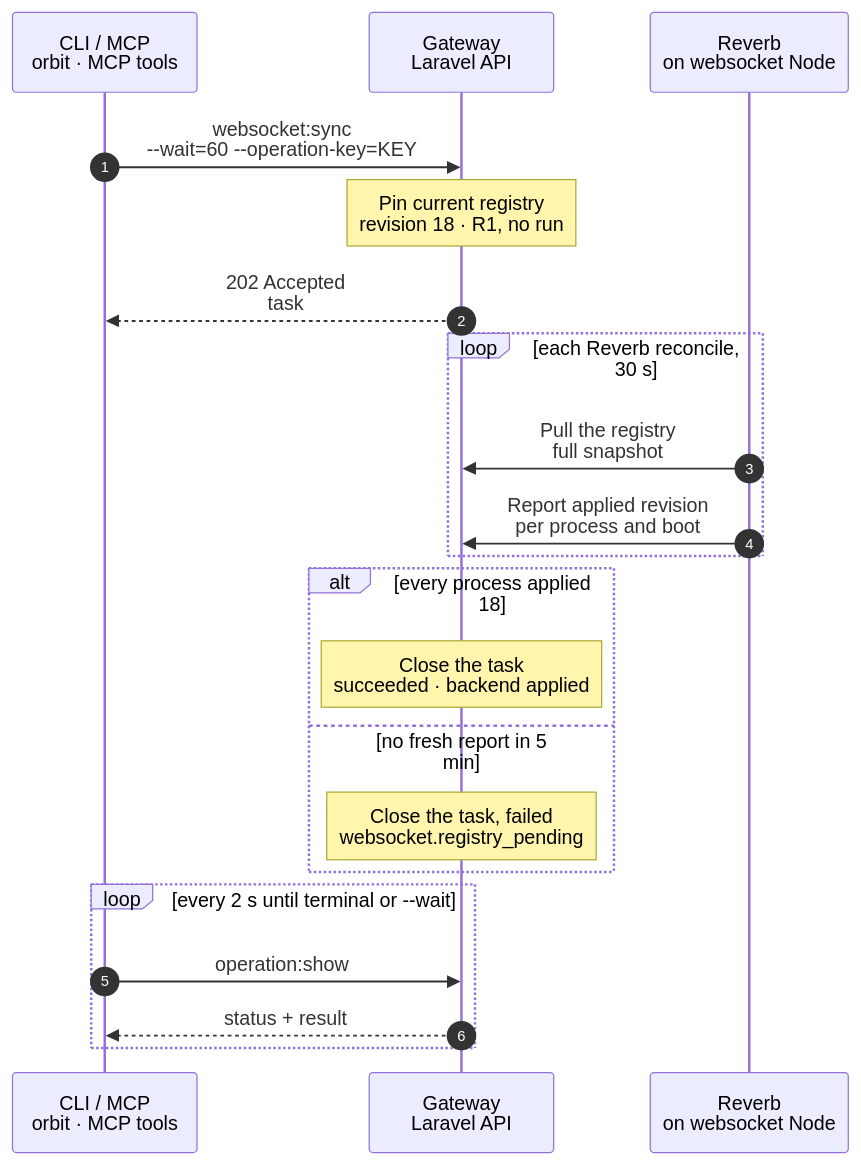
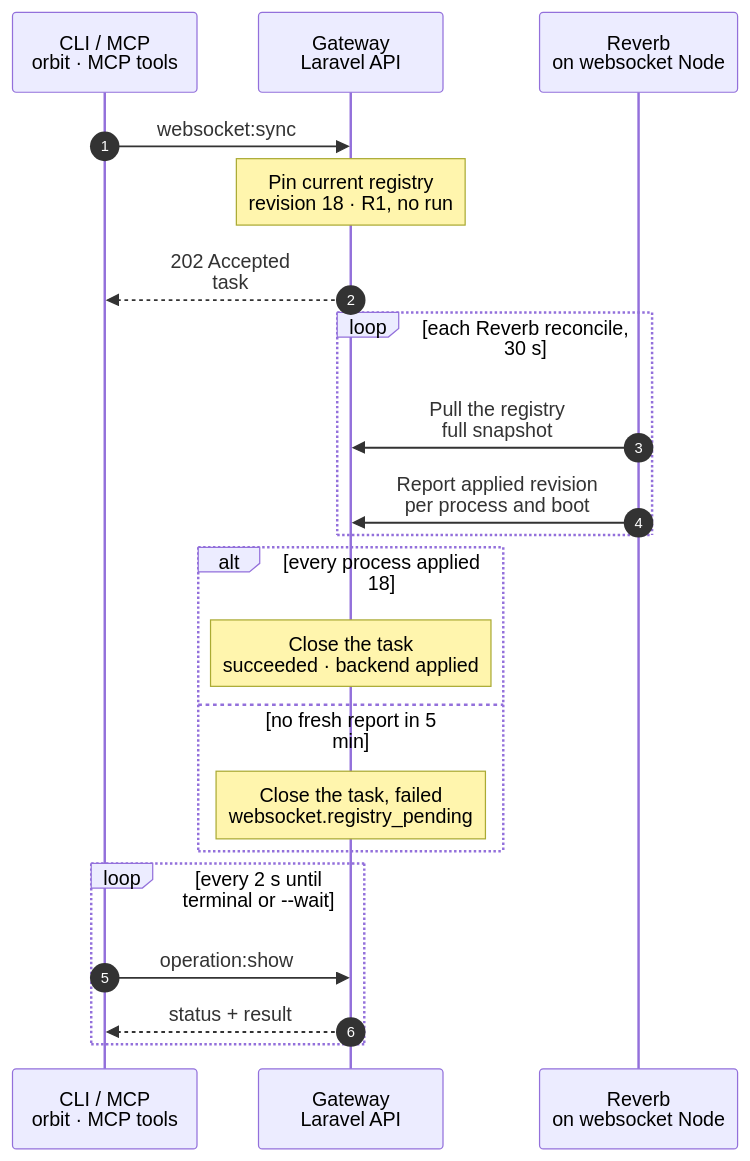
One commit to hardimpactdev/orbit changed the diagram in docs/cli/websocket/sync.mmd. Above: the diagram before and after it, drawn with Mermaid. The commit also changed 9 other files, not shown here.

Commit message:
docs(tool,vault,websocket): draw required parameters on the main path (flow rule 23)

```diff
--- a/docs/cli/websocket/sync.mmd
+++ b/docs/cli/websocket/sync.mmd
@@ -1,69 +1,69 @@
 sequenceDiagram
   %% Target design: ADR 0244 task; DECISIONS R1 + round 2 websocket.sync (no polling step, the Gateway closes the task from Reverb's own reports, no run).
   %% status: migrated
   %% command: websocket:sync
   %% kind: websocket.sync
   autonumber
   %% lane CLI icon=terminal pill=caller tone=gray
   %% lane GW icon=gateway pill=intent tone=blue
   %% lane N icon=server pill=target tone=amber
   participant CLI as CLI / MCP<br/>orbit · MCP tools
   participant GW as Gateway<br/>Laravel API
   participant N as Reverb<br/>on websocket Node
-  CLI->>GW: websocket:sync<br/>--wait=60 --operation-key=KEY
+  CLI->>GW: websocket:sync
   %%> Command:
   %%> - `orbit websocket:sync --wait=60`
   %%> - syntax: `[--wait=SECONDS] [--operation-key=KEY] [--json]`
   %%> Input:
   %%> - `--wait`: how long the CLI follows the task, 0 to 3600 seconds; default 60
   %%> - optionally an operation key, to retry the same sync
   %%> What it does:
   %%> - waits until every serving Reverb process has applied the current registry, without a restart
   Note over GW: Pin current registry<br/>revision 18 · R1, no run
   %%> Requirements:
   %%> - a Node has the `websocket` role
   %%> What it does:
   %%> - records task #5125 for the current registry revision 18
   %%> - a pending app change does not block it, and separate syncs do not replace each other
   %%> Why no Swamp run:
   %%> - nothing has to be done on a Node; Reverb pulls and reports itself (R1)
   GW-->>CLI: 202 Accepted<br/>task #5125
   %%> What you get:
   %%> - the task number, at once
   %%> Next:
   %%> - the CLI follows the task with `operation:show` until `--wait` ends
   loop each Reverb reconcile, 30 s
     N->>GW: Pull the registry<br/>full snapshot
     %%> What it does:
     %%> - every Reverb process fetches the full snapshot on its own 30-second reconcile
     %%> - an unchanged revision answers `304`
     N->>GW: Report applied revision<br/>per process and boot
     %%> What it does:
     %%> - each process reports the revision it applied, with its boot identity
     %%> Why:
     %%> - a report from an old boot cannot confirm a replacement process
   end
   alt every process applied 18
     Note over GW: Close the task<br/>succeeded · backend applied
     %%> Result:
     %%> - every serving Reverb process runs revision 18 or later with the same apps
     %%> - task #5125 succeeds
   else no fresh report in 5 min
     Note over GW: Close the task, failed<br/>websocket.registry_pending
     %%> When:
     %%> - a serving process is stale or missing after 5 minutes
     %%> Result:
     %%> - task #5125 fails; the registry stays as saved
     %%> Retry:
     %%> - run the same command again after the fix
   end
   loop every 2 s until terminal or --wait
     CLI->>GW: operation:show #5125
     %%> What it does:
     %%> - asks for the task's status every 2 seconds until it has ended or `--wait` has passed
     %%> When `--wait` passes first:
     %%> - the CLI exits non-zero; the task keeps waiting, and nothing is undone
     GW-->>CLI: status + result
     %%> Returns:
     %%> - the current status, and the result once the task has ended
   end
```
